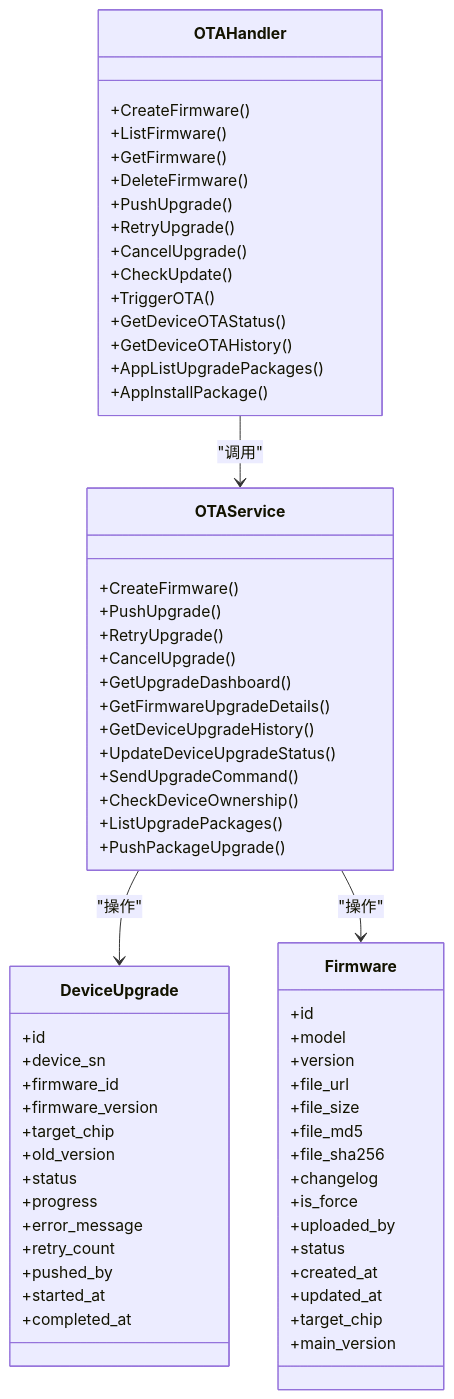
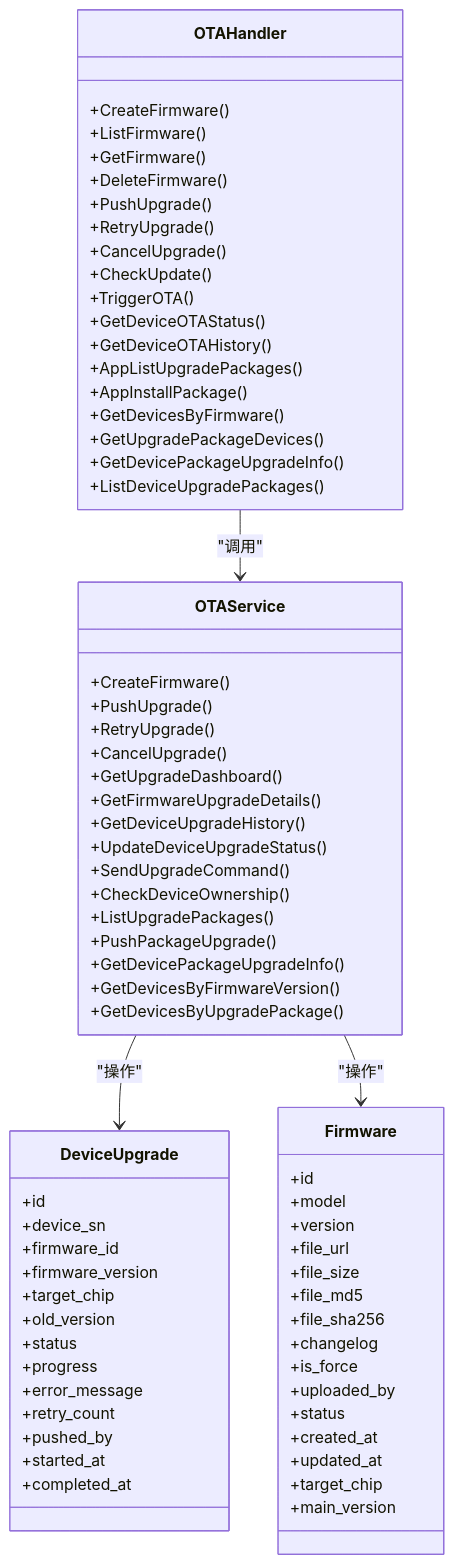
The tenth of 11 diagrams in .qoder/repowiki/zh/content/API参考文档/OTA升级API.md (mcmrzy/cs_inv_monitor-develop), drawn with Mermaid before and after one commit. The commit also changed other lines of this file and 12 other files, not shown here.

````diff
--- a/.qoder/repowiki/zh/content/API参考文档/OTA升级API.md
+++ b/.qoder/repowiki/zh/content/API参考文档/OTA升级API.md
@@ -350,67 +455,74 @@
 ```mermaid
 classDiagram
 class OTAHandler {
 +CreateFirmware()
 +ListFirmware()
 +GetFirmware()
 +DeleteFirmware()
 +PushUpgrade()
 +RetryUpgrade()
 +CancelUpgrade()
 +CheckUpdate()
 +TriggerOTA()
 +GetDeviceOTAStatus()
 +GetDeviceOTAHistory()
 +AppListUpgradePackages()
 +AppInstallPackage()
++GetDevicesByFirmware()
++GetUpgradePackageDevices()
++GetDevicePackageUpgradeInfo()
++ListDeviceUpgradePackages()
 }
 class OTAService {
 +CreateFirmware()
 +PushUpgrade()
 +RetryUpgrade()
 +CancelUpgrade()
 +GetUpgradeDashboard()
 +GetFirmwareUpgradeDetails()
 +GetDeviceUpgradeHistory()
 +UpdateDeviceUpgradeStatus()
 +SendUpgradeCommand()
 +CheckDeviceOwnership()
 +ListUpgradePackages()
 +PushPackageUpgrade()
++GetDevicePackageUpgradeInfo()
++GetDevicesByFirmwareVersion()
++GetDevicesByUpgradePackage()
 }
 class DeviceUpgrade {
 +id
 +device_sn
 +firmware_id
 +firmware_version
 +target_chip
 +old_version
 +status
 +progress
 +error_message
 +retry_count
 +pushed_by
 +started_at
 +completed_at
 }
 class Firmware {
 +id
 +model
 +version
 +file_url
 +file_size
 +file_md5
 +file_sha256
 +changelog
 +is_force
 +uploaded_by
 +status
 +created_at
 +updated_at
 +target_chip
 +main_version
 }
 OTAHandler --> OTAService : "调用"
 OTAService --> DeviceUpgrade : "操作"
 OTAService --> Firmware : "操作"
 ```
````
